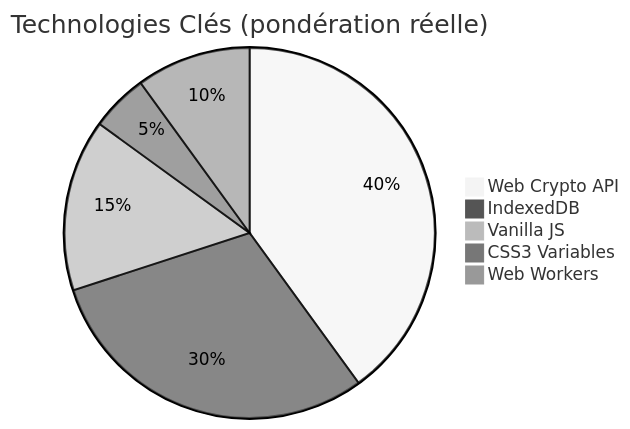
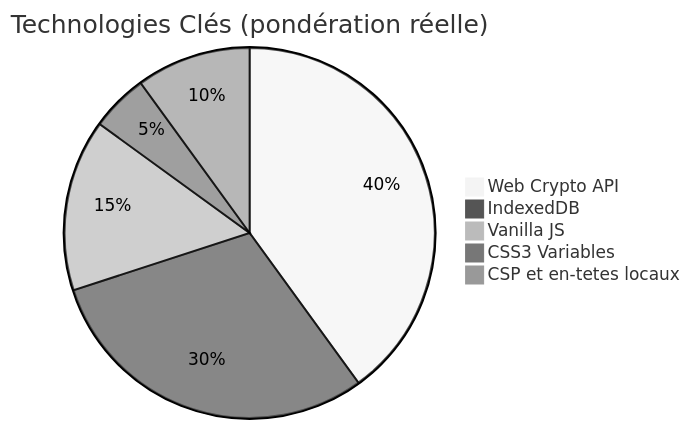
The second of 4 diagrams in README.md (Giscolab/CryptoKeep), drawn with Mermaid (neutral theme) before and after one commit. The commit also changed other lines of this file and 29 other files, not shown here.

````diff
--- a/README.md
+++ b/README.md
@@ -65,10 +65,10 @@
 ```mermaid
 pie
   title Technologies Clés (pondération réelle)
   "Web Crypto API" : 40
   "IndexedDB" : 30
   "Vanilla JS" : 15
   "CSS3 Variables" : 5
-  "Web Workers" : 10
+  "CSP et en-tetes locaux" : 10
 
 ```
````
